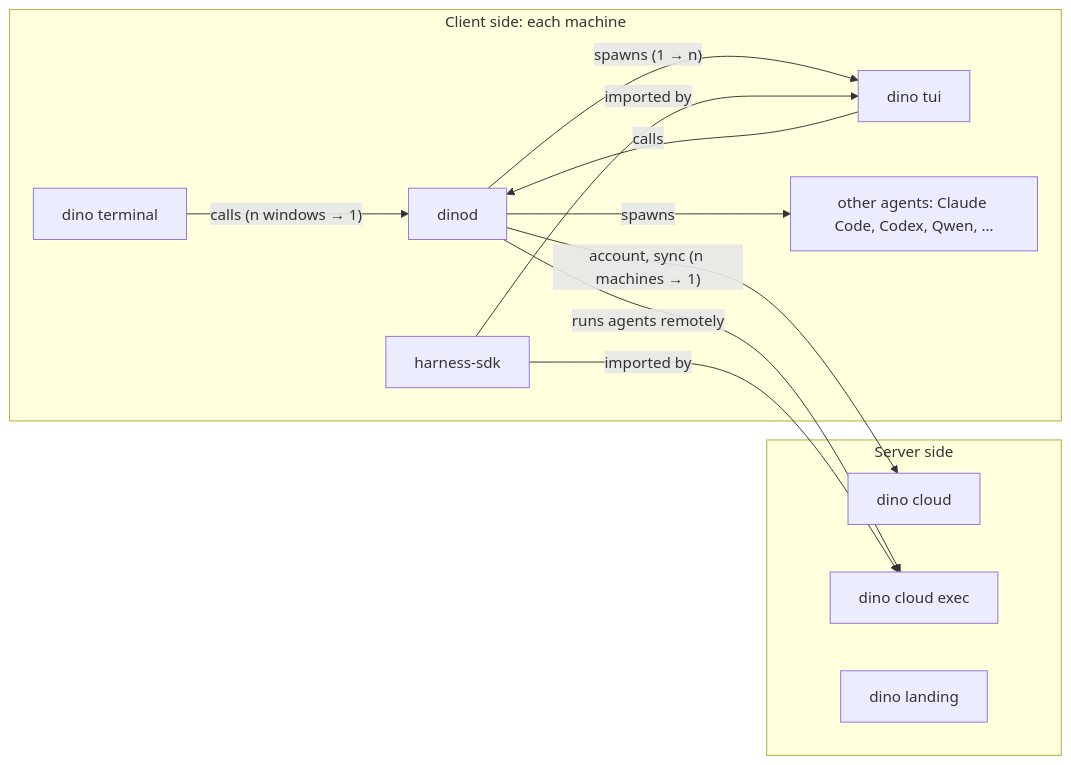
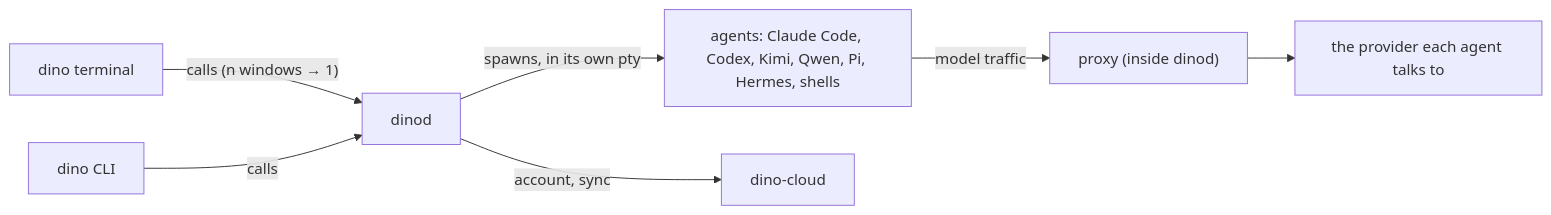
One commit to eddyflores100-lang/dino changed the diagram in ARCHITECTURE.md. Above: the diagram before and after it, drawn with Mermaid. The commit also changed other lines of this file and 3 other files, not shown here.

Commit message:
ARCHITECTURE.md for contributors: what's in this repository and how it fits

````diff
--- a/ARCHITECTURE.md
+++ b/ARCHITECTURE.md
@@ -37,18 +29,9 @@
 ```mermaid
 flowchart LR
-  subgraph client [Client side: each machine]
-    T["dino terminal"] -- "calls (n windows → 1)" --> D["dinod"]
-    D -- "spawns (1 → n)" --> U["dino tui"]
-    U -- "calls" --> D
-    D -- "spawns" --> A["other agents: Claude Code, Codex, Qwen, …"]
-    H["harness-sdk"] -- "imported by" --> U
-  end
-  subgraph server [Server side]
-    C["dino cloud"]
-    X["dino cloud exec"]
-    L["dino landing"]
-  end
-  D -- "account, sync (n machines → 1)" --> C
-  D -- "runs agents remotely" --> X
-  H -- "imported by" --> X
+  T["dino terminal"] -- "calls (n windows → 1)" --> D["dinod"]
+  CLI["dino CLI"] -- "calls" --> D
+  D -- "spawns, in its own pty" --> A["agents: Claude Code, Codex, Kimi, Qwen, Pi, Hermes, shells"]
+  A -- "model traffic" --> P["proxy (inside dinod)"]
+  P --> M["the provider each agent talks to"]
+  D -- "account, sync" --> C["dino-cloud"]
 ```
````
